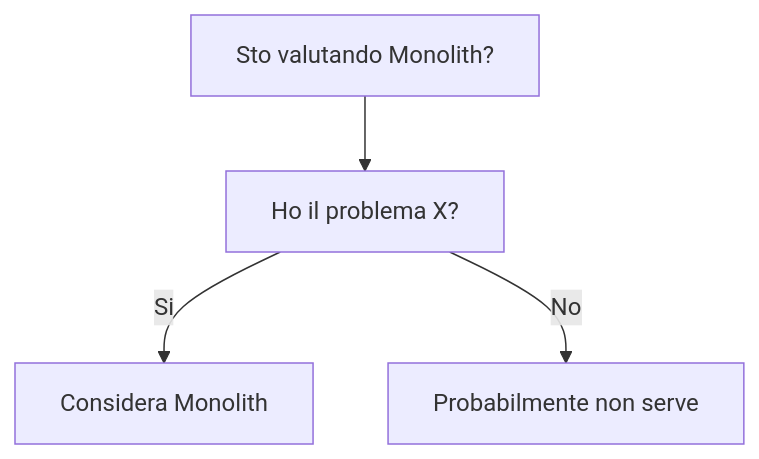
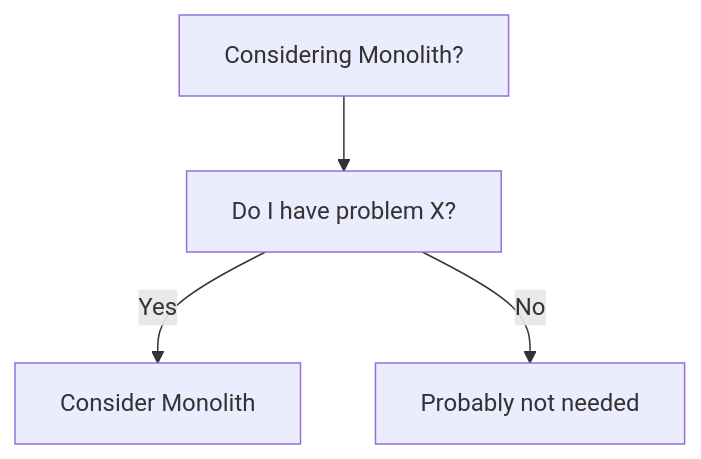
The diagram in dev-wiki/02_Architecture/Monolith/When_To_Use.md (HxT9/Software-Dev-Wiki), drawn with Mermaid before and after one commit. The commit also changed other lines of this file and 3444 other files, not shown here.

````diff
--- a/dev-wiki/02_Architecture/Monolith/When_To_Use.md
+++ b/dev-wiki/02_Architecture/Monolith/When_To_Use.md
@@ -19,6 +19,6 @@
 ```mermaid
 flowchart TD
-  Q[Sto valutando Monolith?] --> Q1[Ho il problema X?]
-  Q1 -->|Si| OK[Considera Monolith]
-  Q1 -->|No| NO[Probabilmente non serve]
+  Q[Considering Monolith?] --> Q1[Do I have problem X?]
+  Q1 -->|Yes| OK[Consider Monolith]
+  Q1 -->|No| NO[Probably not needed]
 ```
````
